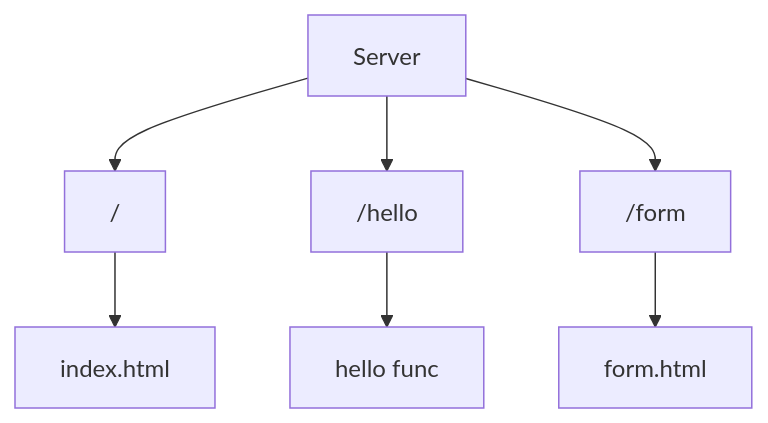
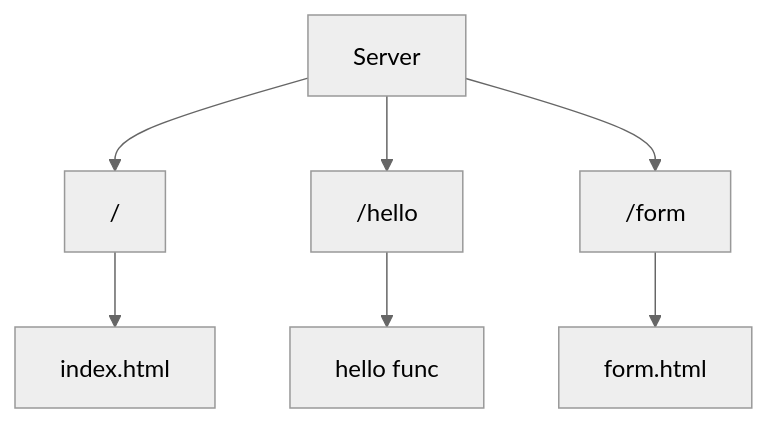
One commit to lee-treehouse/go-server changed the diagram in README.md. Above: the diagram before and after it, drawn with Mermaid.

Commit message:
change theme

````diff
--- a/README.md
+++ b/README.md
@@ -15,9 +15,10 @@
 ```mermaid
+%%{init: {'theme': 'neutral' } }%%
 graph TD
     A[Server] --> B["/"]
     A --> C["/hello"]
     A --> D["/form"]
 B --> E[index.html]
 C --> F[hello func]
 D --> G[form.html]     
 ```
````
